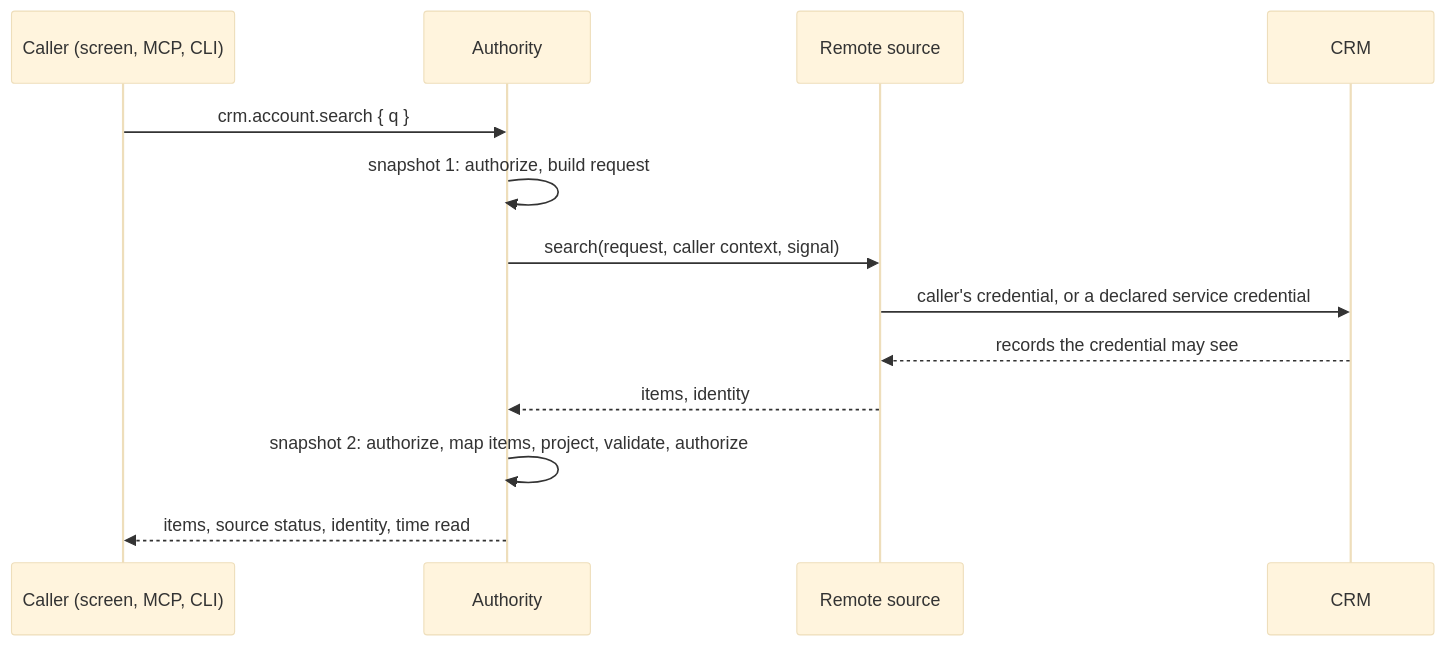
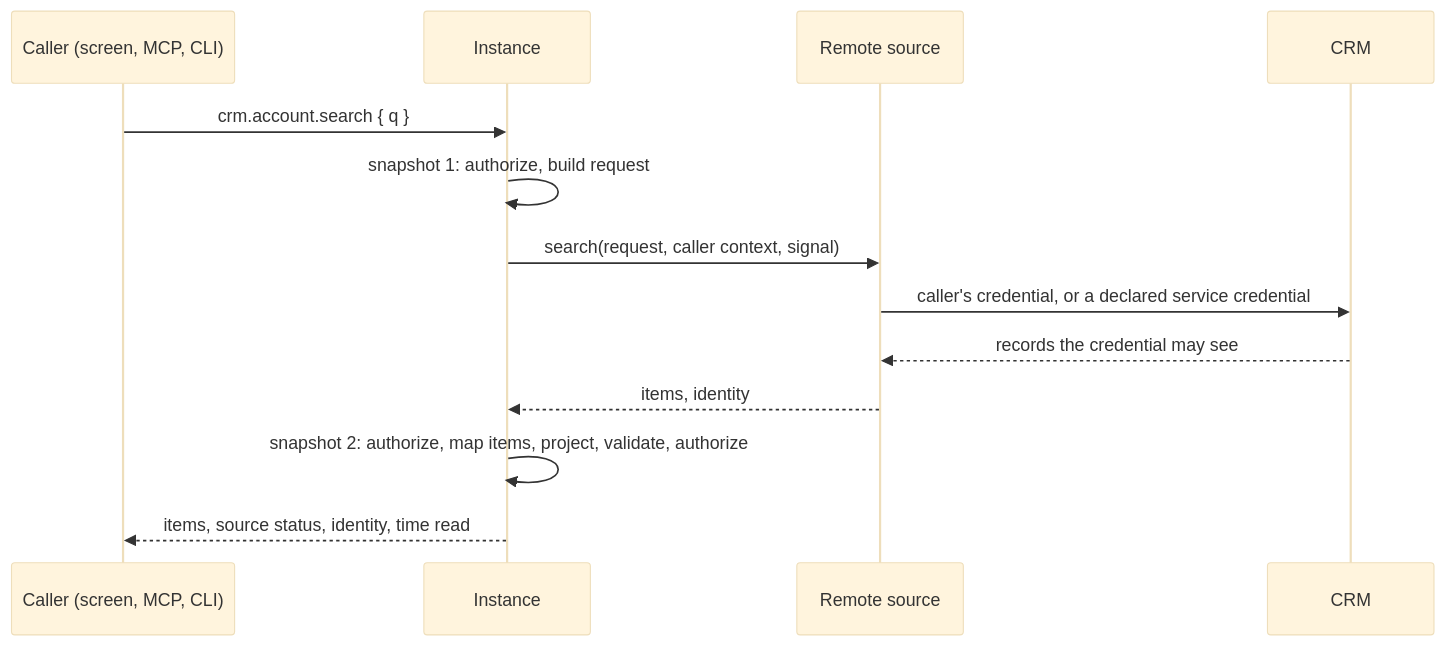
One commit to wisdomousai/tortoise changed the diagram in docs/systems-of-record.md. Above: the diagram before and after it, drawn with Mermaid (base theme). The commit also changed other lines of this file and 264 other files, not shown here.

First line of the commit message:
Rename authority to instance

````diff
--- a/docs/systems-of-record.md
+++ b/docs/systems-of-record.md
@@ -140,15 +140,15 @@
 ```mermaid
 sequenceDiagram
   participant C as Caller (screen, MCP, CLI)
-  participant A as Authority
+  participant A as Instance
   participant S as Remote source
   participant CRM as CRM
   C->>A: crm.account.search { q }
   A->>A: snapshot 1: authorize, build request
   A->>S: search(request, caller context, signal)
   S->>CRM: caller's credential, or a declared service credential
   CRM-->>S: records the credential may see
   S-->>A: items, identity
   A->>A: snapshot 2: authorize, map items, project, validate, authorize
   A-->>C: items, source status, identity, time read
 ```
````
